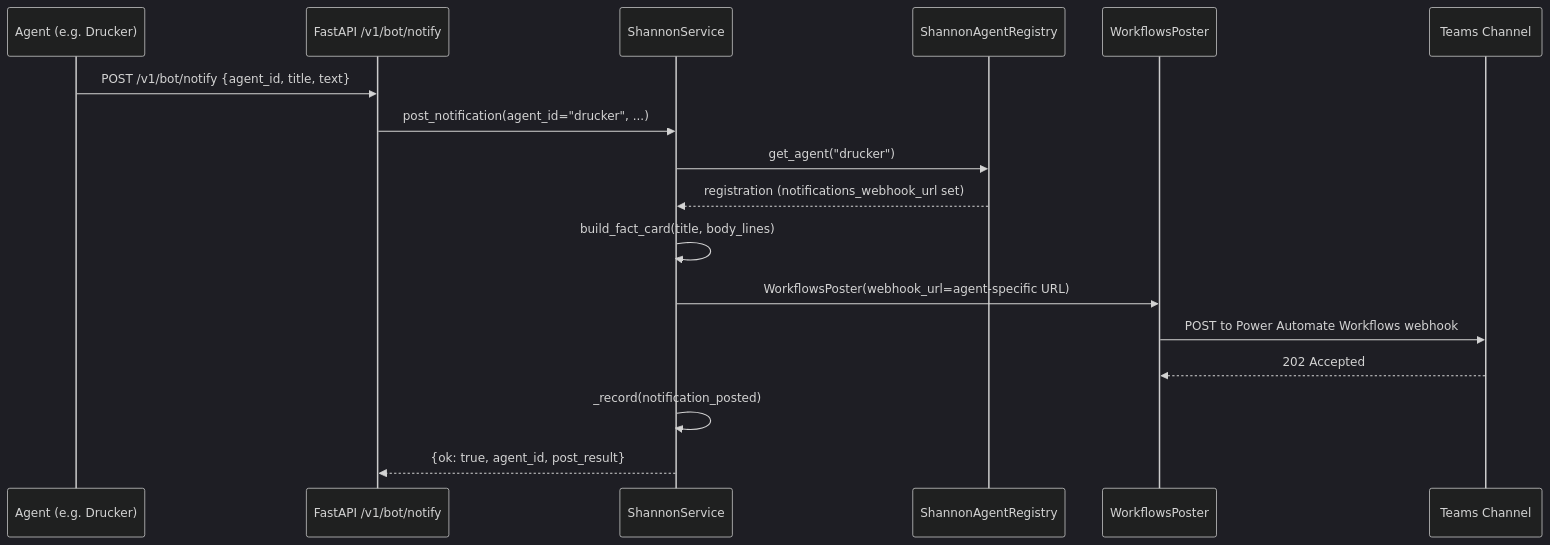
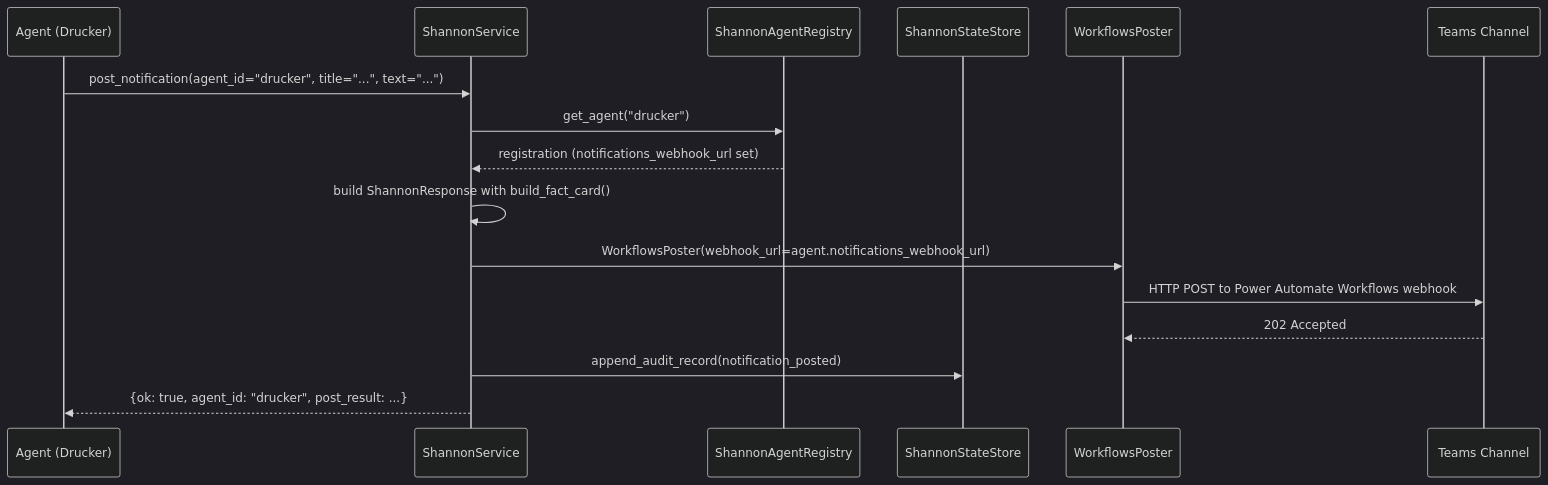
The third of 4 diagrams in docs/agents-shannon.md (jmac-cornelis/agent-workforce), drawn with Mermaid (dark theme) before and after one commit. The commit also changed other lines of this file and 7 other files, not shown here.

````diff
--- a/docs/agents-shannon.md
+++ b/docs/agents-shannon.md
@@ -124,20 +105,19 @@
 ```mermaid
 sequenceDiagram
-    participant A as Agent (e.g. Drucker)
-    participant APP as FastAPI /v1/bot/notify
+    participant A as Agent (Drucker)
     participant SVC as ShannonService
     participant REG as ShannonAgentRegistry
+    participant SS as ShannonStateStore
     participant PST as WorkflowsPoster
     participant T as Teams Channel
 
-    A->>APP: POST /v1/bot/notify {agent_id, title, text}
-    APP->>SVC: post_notification(agent_id="drucker", ...)
+    A->>SVC: post_notification(agent_id="drucker", title="...", text="...")
     SVC->>REG: get_agent("drucker")
     REG-->>SVC: registration (notifications_webhook_url set)
-    SVC->>SVC: build_fact_card(title, body_lines)
-    SVC->>PST: WorkflowsPoster(webhook_url=agent-specific URL)
-    PST->>T: POST to Power Automate Workflows webhook
+    SVC->>SVC: build ShannonResponse with build_fact_card()
+    SVC->>PST: WorkflowsPoster(webhook_url=agent.notifications_webhook_url)
+    PST->>T: HTTP POST to Power Automate Workflows webhook
     T-->>PST: 202 Accepted
-    SVC->>SVC: _record(notification_posted)
-    SVC-->>APP: {ok: true, agent_id, post_result}
+    SVC->>SS: append_audit_record(notification_posted)
+    SVC-->>A: {ok: true, agent_id: "drucker", post_result: ...}
 ```
````
